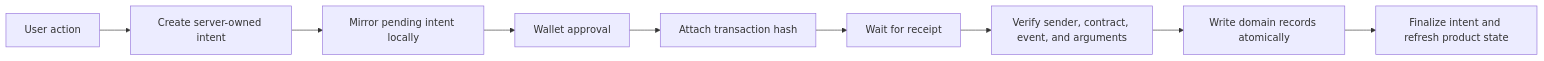
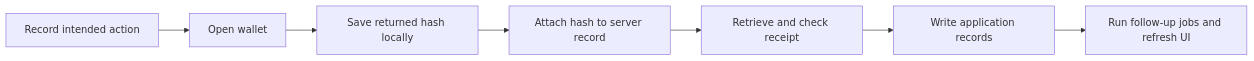
Before and after one commit to davidy3k/davidy3k: the diagram in case-studies/joust.md, drawn with Mermaid. The commit also changed other lines of this file and 1 other file, not shown here.

````diff
--- a/case-studies/joust.md
+++ b/case-studies/joust.md
@@ -60,11 +35,9 @@
 ```mermaid
 flowchart LR
-    A[User action] --> B[Create server-owned intent]
-    B --> C[Mirror pending intent locally]
-    C --> D[Wallet approval]
-    D --> E[Attach transaction hash]
-    E --> F[Wait for receipt]
-    F --> G[Verify sender, contract, event, and arguments]
-    G --> H[Write domain records atomically]
-    H --> I[Finalize intent and refresh product state]
+    A[Record intended action] --> B[Open wallet]
+    B --> C[Save returned hash locally]
+    C --> D[Attach hash to server record]
+    D --> E[Retrieve and check receipt]
+    E --> F[Write application records]
+    F --> G[Run follow-up jobs and refresh UI]
 ```
````
